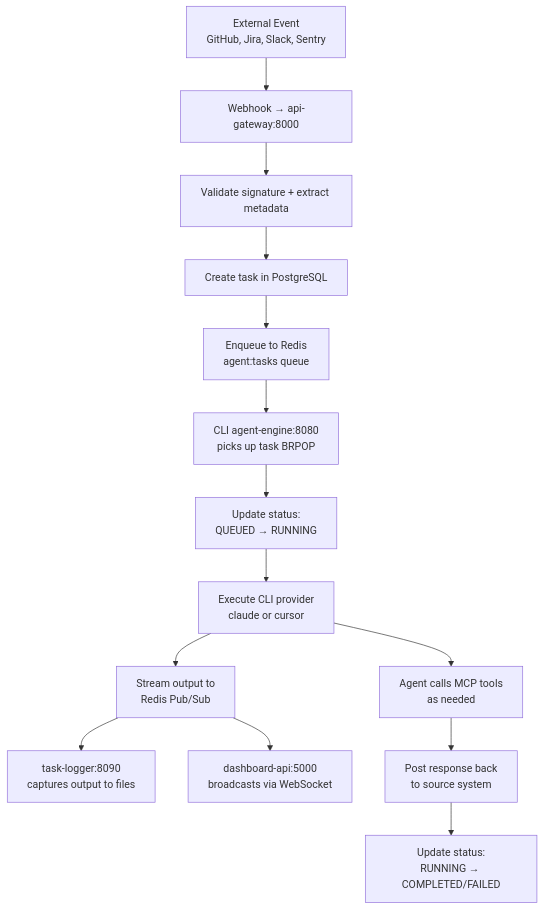
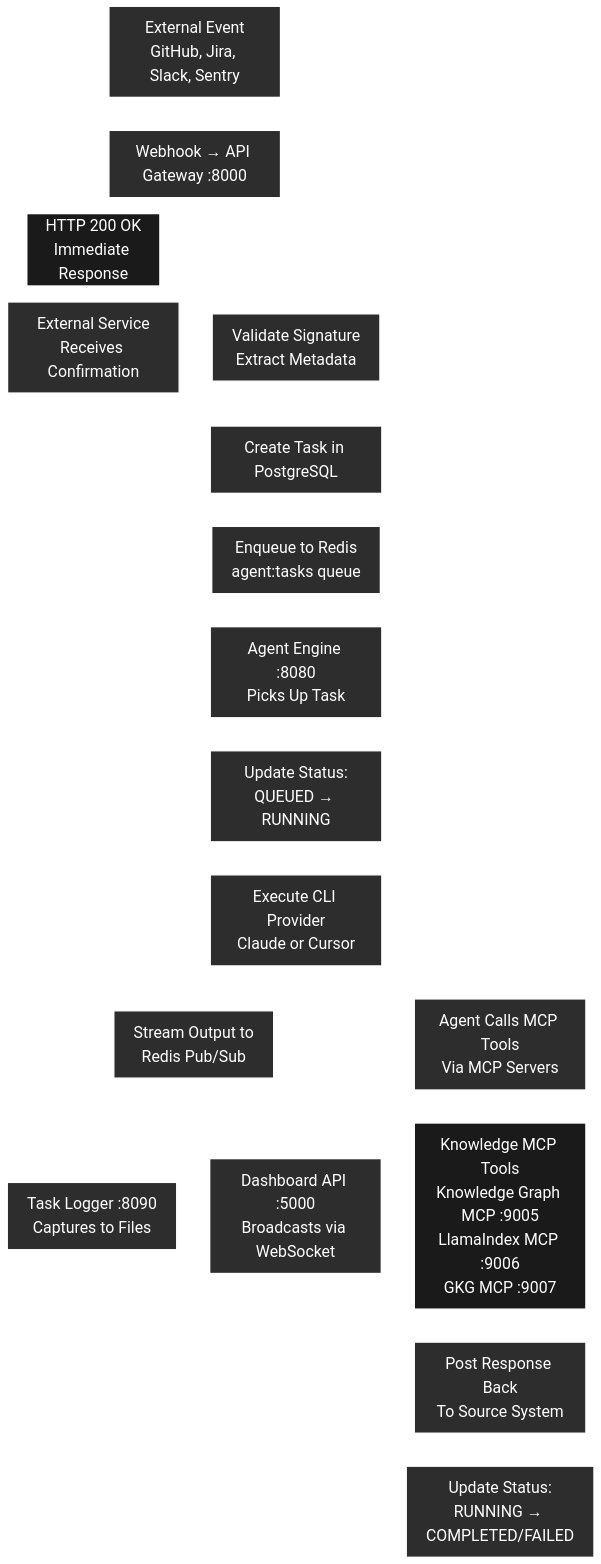
One commit to rom-orlovich/groote-ai changed the third of 5 diagrams in docs/ARCHITECTURE.md. Above: the diagram before and after it, drawn with Mermaid. The commit also changed other lines of this file and 5 other files, not shown here.

````diff
--- a/docs/ARCHITECTURE.md
+++ b/docs/ARCHITECTURE.md
@@ -117,16 +187,36 @@
 ```mermaid
+%%{init: {'theme':'base', 'themeVariables': {'fontSize':'24px', 'primaryColor':'#2d2d2d', 'primaryTextColor':'#ffffff', 'primaryBorderColor':'#ffffff', 'lineColor':'#ffffff', 'secondaryColor':'#1a1a1a', 'tertiaryColor':'#2d2d2d'}}}%%
 flowchart TD
-    A[External Event<br/>GitHub, Jira, Slack, Sentry] --> B[Webhook → api-gateway:8000]
-    B --> C[Validate signature + extract metadata]
-    C --> D[Create task in PostgreSQL]
+    A[External Event<br/>GitHub, Jira, Slack, Sentry] --> B[Webhook → API Gateway :8000]
+    B -->|HTTP 200 OK<br/>Immediate Response| A2[External Service<br/>Receives Confirmation]
+    B --> C[Validate Signature<br/>Extract Metadata]
+    C --> D[Create Task in PostgreSQL]
     D --> E[Enqueue to Redis<br/>agent:tasks queue]
-    E --> F[CLI agent-engine:8080<br/>picks up task BRPOP]
-    F --> G[Update status:<br/>QUEUED → RUNNING]
-    G --> H[Execute CLI provider<br/>claude or cursor]
-    H --> I[Stream output to<br/>Redis Pub/Sub]
-    I --> J[task-logger:8090<br/>captures output to files]
-    I --> K[dashboard-api:5000<br/>broadcasts via WebSocket]
-    H --> L[Agent calls MCP tools<br/>as needed]
-    L --> M[Post response back<br/>to source system]
-    M --> N[Update status:<br/>RUNNING → COMPLETED/FAILED]
+    E --> F[Agent Engine :8080<br/>Picks Up Task]
+    F --> G[Update Status:<br/>QUEUED → RUNNING]
+    G --> H[Execute CLI Provider<br/>Claude or Cursor]
+    H --> I[Stream Output to<br/>Redis Pub/Sub]
+    I --> J[Task Logger :8090<br/>Captures to Files]
+    I --> K[Dashboard API :5000<br/>Broadcasts via WebSocket]
+    H --> L[Agent Calls MCP Tools<br/>Via MCP Servers]
+    L --> L1[Knowledge MCP Tools<br/>Knowledge Graph MCP :9005<br/>LlamaIndex MCP :9006<br/>GKG MCP :9007]
+    L1 --> M[Post Response Back<br/>To Source System]
+    M --> N[Update Status:<br/>RUNNING → COMPLETED/FAILED]
+
+    style A fill:#2d2d2d,color:#ffffff,stroke-width:2px
+    style A2 fill:#2d2d2d,color:#ffffff,stroke-width:2px
+    style B fill:#2d2d2d,color:#ffffff,stroke-width:2px
+    style C fill:#2d2d2d,color:#ffffff,stroke-width:2px
+    style D fill:#2d2d2d,color:#ffffff,stroke-width:2px
+    style E fill:#2d2d2d,color:#ffffff,stroke-width:2px
+    style F fill:#2d2d2d,color:#ffffff,stroke-width:2px
+    style G fill:#2d2d2d,color:#ffffff,stroke-width:2px
+    style H fill:#2d2d2d,color:#ffffff,stroke-width:2px
+    style I fill:#2d2d2d,color:#ffffff,stroke-width:2px
+    style J fill:#2d2d2d,color:#ffffff,stroke-width:2px
+    style K fill:#2d2d2d,color:#ffffff,stroke-width:2px
+    style L fill:#2d2d2d,color:#ffffff,stroke-width:2px
+    style L1 fill:#1a1a1a,color:#ffffff,stroke-width:2px
+    style M fill:#2d2d2d,color:#ffffff,stroke-width:2px
+    style N fill:#2d2d2d,color:#ffffff,stroke-width:2px
 ```
````
